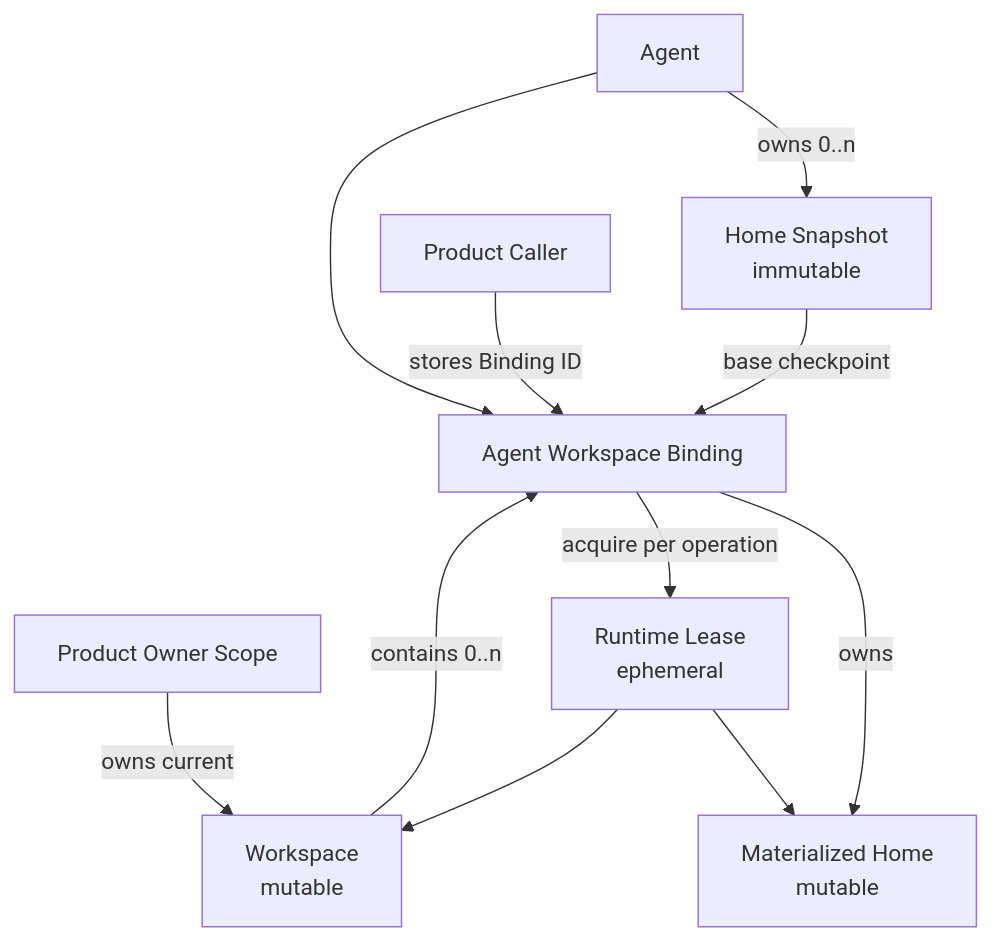
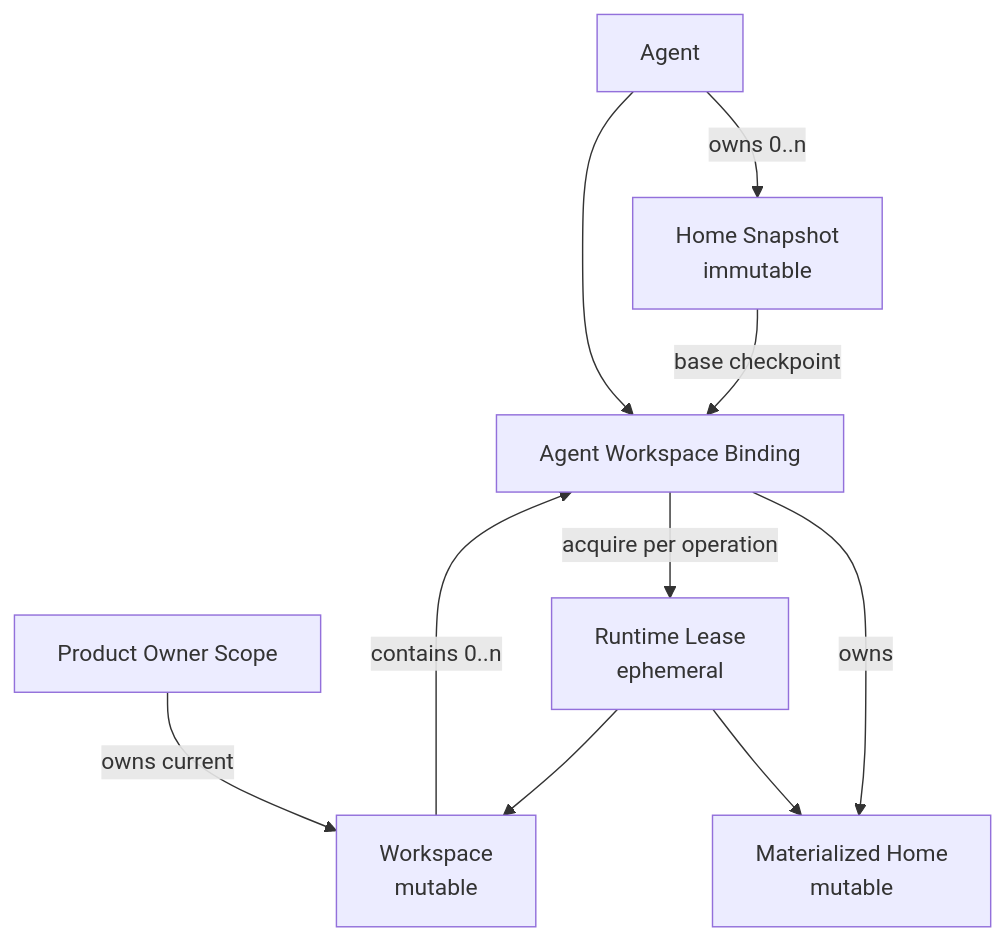
Before and after one commit to langgenius/dify: the second of 4 diagrams in .context/docs/260723-agent-working-environment-architecture-doc.md, drawn with Mermaid. The commit also changed other lines of this file and 2 other files, not shown here.

Commit message:
docs: clarify binding resource state

````diff
--- a/.context/docs/260723-agent-working-environment-architecture-doc.md
+++ b/.context/docs/260723-agent-working-environment-architecture-doc.md
@@ -73,13 +72,12 @@
 ```mermaid
 flowchart TD
     Agent["Agent"] -->|owns 0..n| Snapshot["Home Snapshot<br/>immutable"]
     Owner["Product Owner Scope"] -->|owns current| Workspace["Workspace<br/>mutable"]
-    Caller["Product Caller"] -->|stores Binding ID| Binding
     Agent --> Binding["Agent Workspace Binding"]
     Workspace -->|contains 0..n| Binding
     Snapshot -->|base checkpoint| Binding
     Binding -->|owns| Home["Materialized Home<br/>mutable"]
     Binding -->|acquire per operation| Lease["Runtime Lease<br/>ephemeral"]
     Lease --> Home
     Lease --> Workspace
 ```
````
